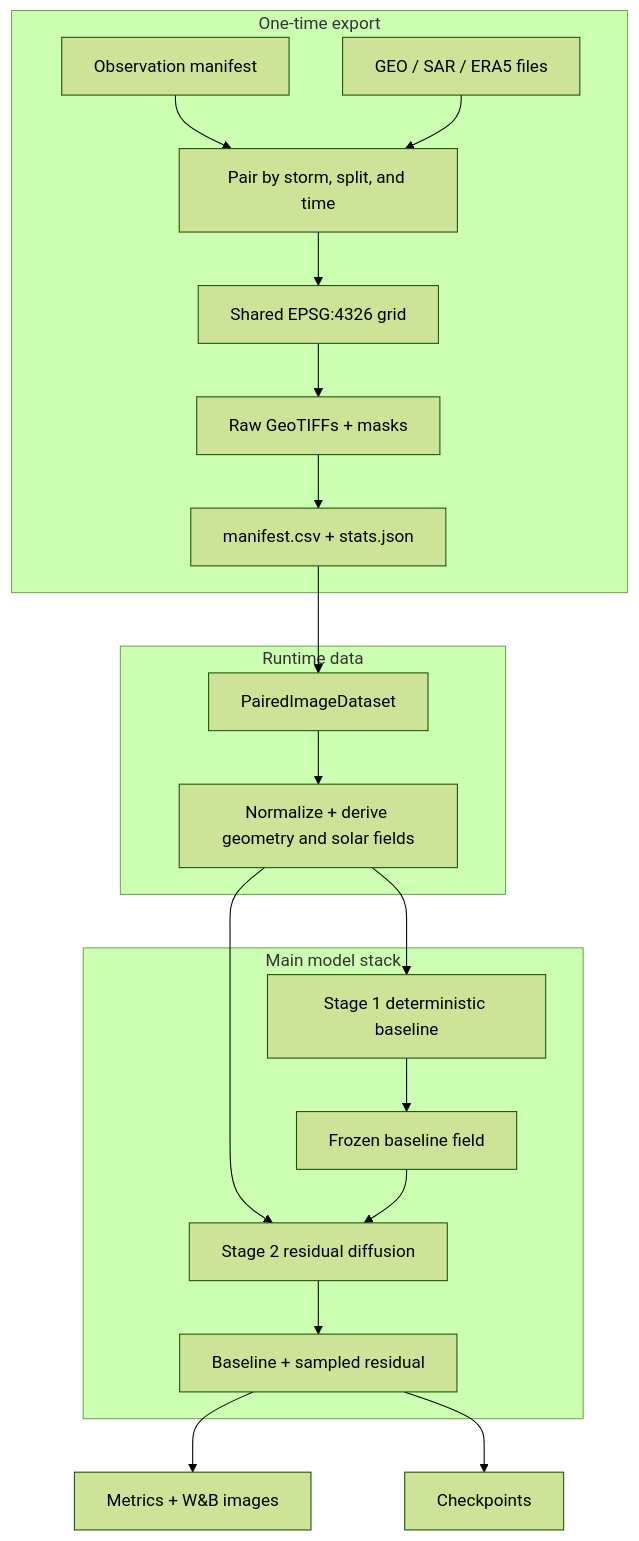
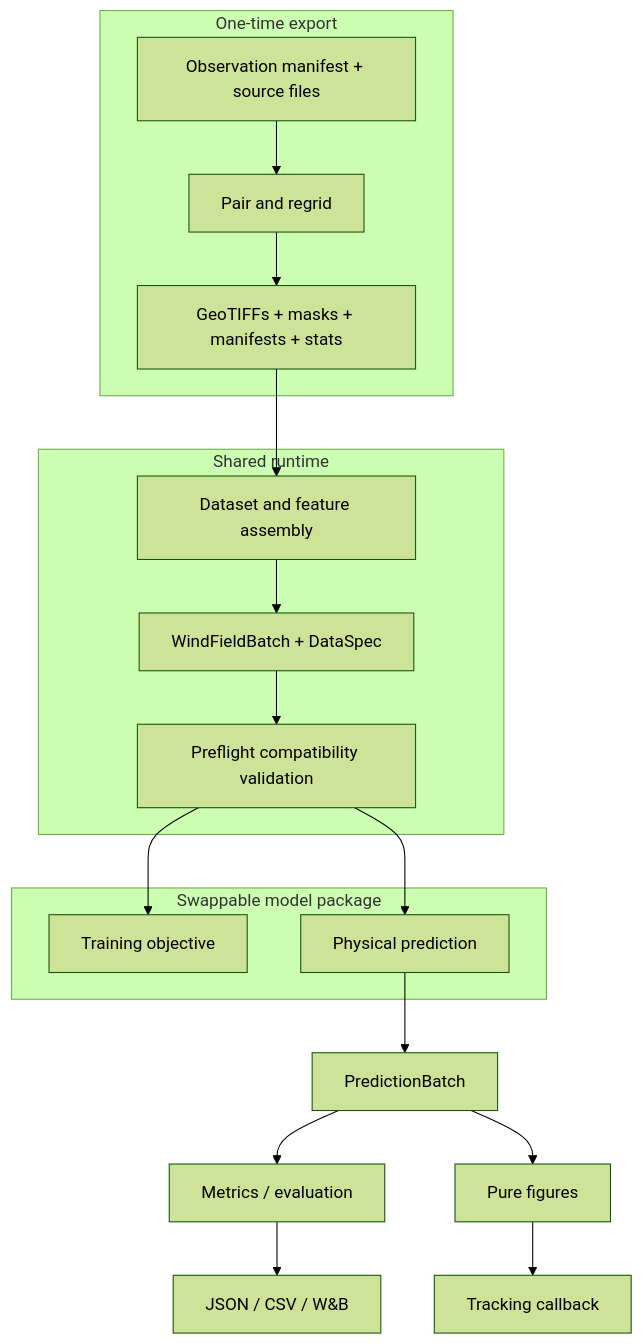
The diagram in docs/concepts/architecture.md (simon-donike/geo2wf), drawn with Mermaid (forest theme) before and after one commit. The commit also changed other lines of this file and 115 other files, not shown here.

````diff
--- a/docs/concepts/architecture.md
+++ b/docs/concepts/architecture.md
@@ -5,26 +6,21 @@
 ```mermaid
 flowchart TB
   subgraph Offline[One-time export]
-    M[Observation manifest] --> P[Pair by storm, split, and time]
-    S[GEO / SAR / ERA5 files] --> P
-    P --> G[Shared EPSG:4326 grid]
-    G --> T[Raw GeoTIFFs + masks]
-    T --> C[manifest.csv + stats.json]
+    M[Observation manifest + source files] --> P[Pair and regrid]
+    P --> T[GeoTIFFs + masks + manifests + stats]
   end
-
-  subgraph Runtime[Runtime data]
-    C --> D[PairedImageDataset]
-    D --> N[Normalize + derive geometry and solar fields]
+  subgraph Runtime[Shared runtime]
+    T --> D[Dataset and feature assembly]
+    D --> C[WindFieldBatch + DataSpec]
+    C --> V[Preflight compatibility validation]
   end
-
-  subgraph Stack[Main model stack]
-    N --> B[Stage 1 deterministic baseline]
-    B --> F[Frozen baseline field]
-    N --> R[Stage 2 residual diffusion]
-    F --> R
-    R --> O[Baseline + sampled residual]
+  subgraph Models[Swappable model package]
+    V --> O[Training objective]
+    V --> R[Physical prediction]
   end
-
-  O --> W[Metrics + W&B images]
-  O --> K[Checkpoints]
+  R --> PB[PredictionBatch]
+  PB --> E[Metrics / evaluation]
+  PB --> F[Pure figures]
+  F --> L[Tracking callback]
+  E --> S[JSON / CSV / W&B]
 ```
````
